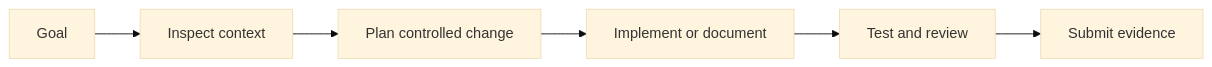
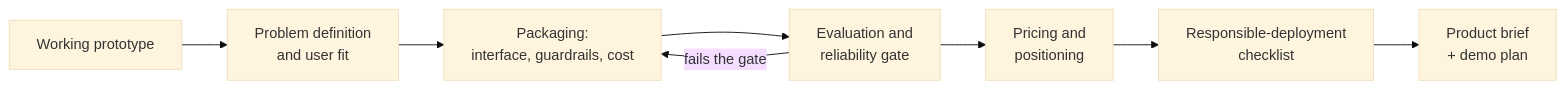
One commit to tulip-lab/agentic-AI-lab changed the first of 4 diagrams in M08-Agent-Engineering/Codex/M08C-Productised-AIAgents-GoToMarket.md. Above: the diagram before and after it, drawn with Mermaid (base theme). The commit also changed other lines of this file and 30 other files, not shown here.

````diff
--- a/M08-Agent-Engineering/Codex/M08C-Productised-AIAgents-GoToMarket.md
+++ b/M08-Agent-Engineering/Codex/M08C-Productised-AIAgents-GoToMarket.md
@@ -16,8 +34,10 @@
 ```mermaid
 flowchart LR
-    A[Goal] --> B[Inspect context]
-    B --> C[Plan controlled change]
-    C --> D[Implement or document]
-    D --> E[Test and review]
-    E --> F[Submit evidence]
+    A[Working prototype] --> B[Problem definition<br/>and user fit]
+    B --> C[Packaging:<br/>interface, guardrails, cost]
+    C --> D[Evaluation and<br/>reliability gate]
+    D --> E[Pricing and<br/>positioning]
+    E --> F[Responsible-deployment<br/>checklist]
+    F --> G[Product brief<br/>+ demo plan]
+    D -- fails the gate --> C
 ```
````
